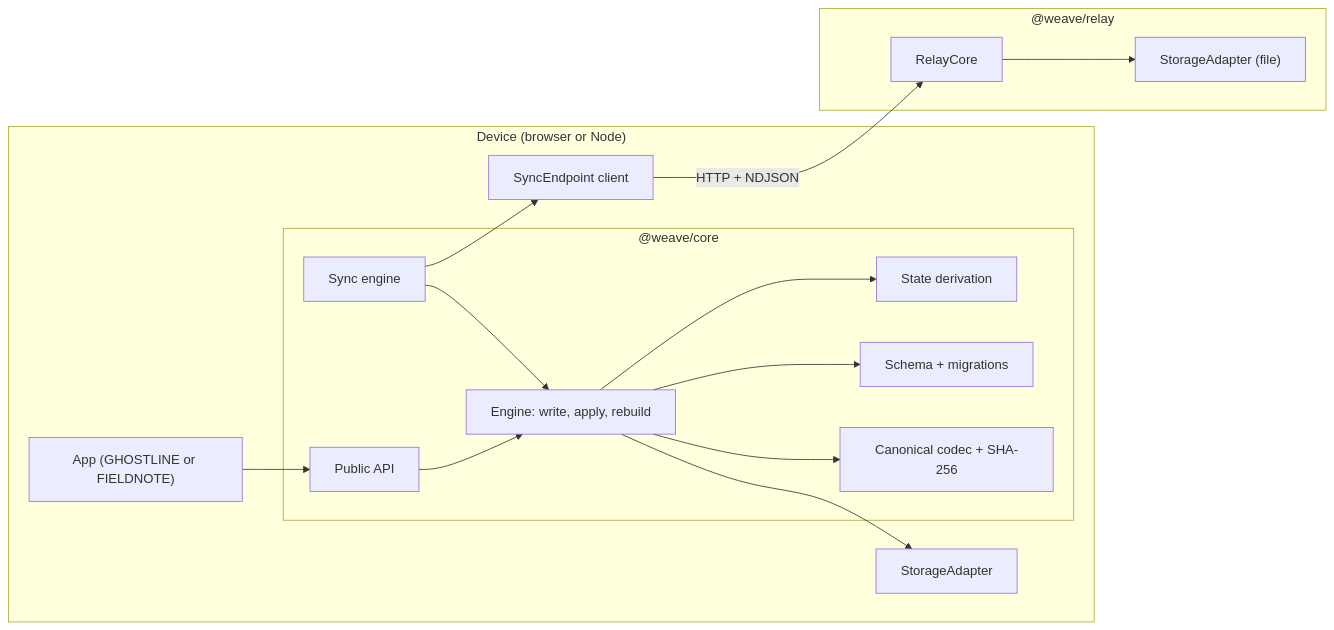
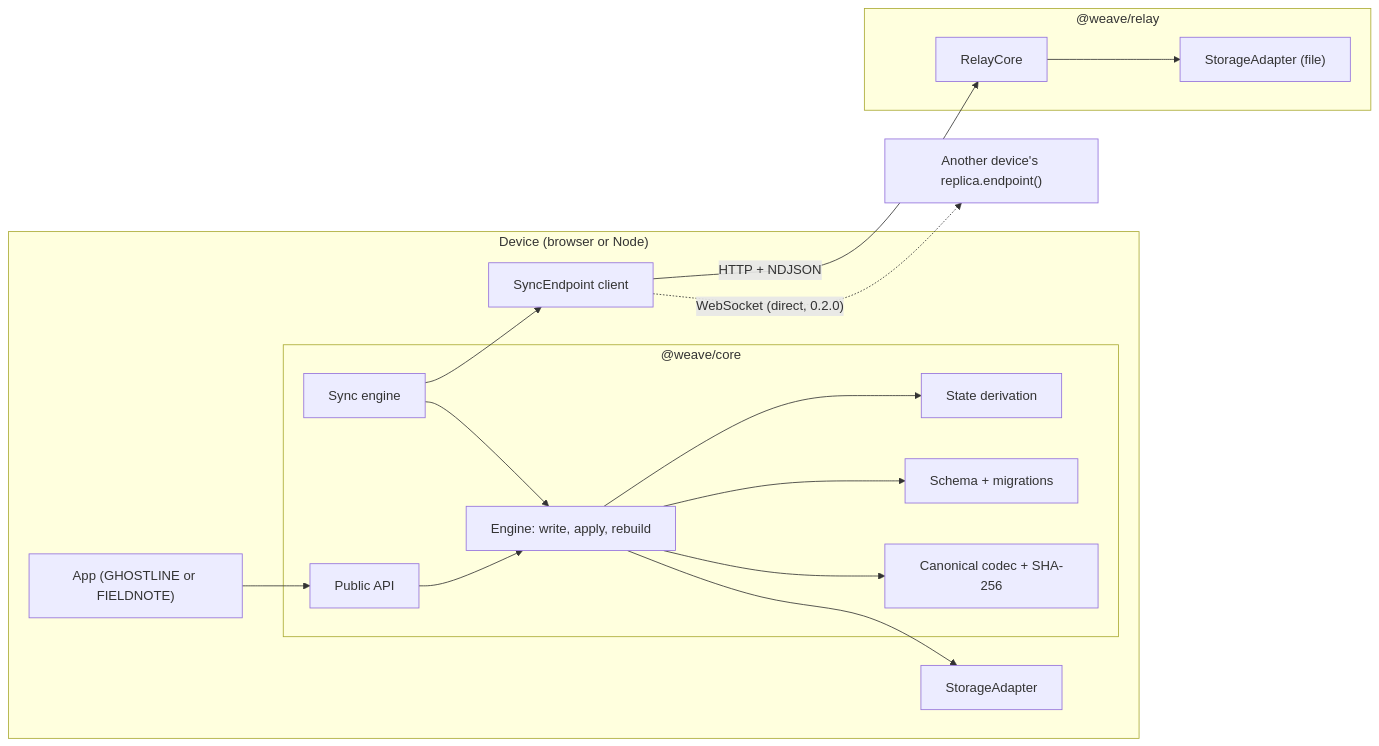
Before and after one commit to realwarp/weave: the diagram in docs/diagrams/components.md, drawn with Mermaid. The commit also changed other lines of this file and 19 other files, not shown here.

````diff
--- a/docs/diagrams/components.md
+++ b/docs/diagrams/components.md
@@ -3,27 +3,28 @@
 ```mermaid
 flowchart LR
   subgraph Device["Device (browser or Node)"]
     APP["App (GHOSTLINE or FIELDNOTE)"]
     subgraph CORE["@weave/core"]
       API["Public API"]
       ENG["Engine: write, apply, rebuild"]
       DER["State derivation"]
       SCH["Schema + migrations"]
       CAN["Canonical codec + SHA-256"]
       SYN["Sync engine"]
     end
     STO["StorageAdapter"]
     TR["SyncEndpoint client"]
   end
   subgraph Relay["@weave/relay"]
     RC["RelayCore"]
     RS["StorageAdapter (file)"]
   end
   APP --> API --> ENG --> DER
   ENG --> SCH
   ENG --> CAN
   ENG --> STO
   SYN --> ENG
   SYN --> TR
   TR -- "HTTP + NDJSON" --> RC --> RS
+  TR -. "WebSocket (direct, 0.2.0)" .-> PEER["Another device's replica.endpoint()"]
 ```
````
